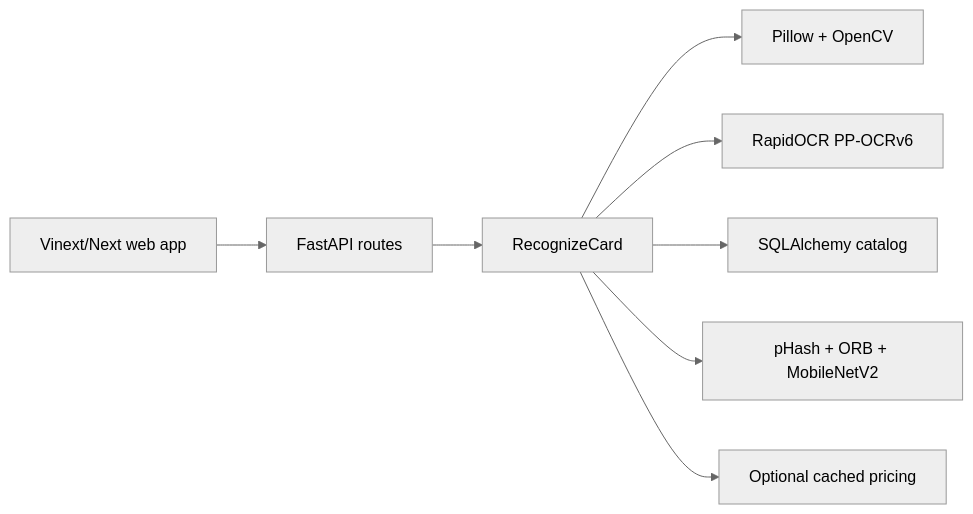
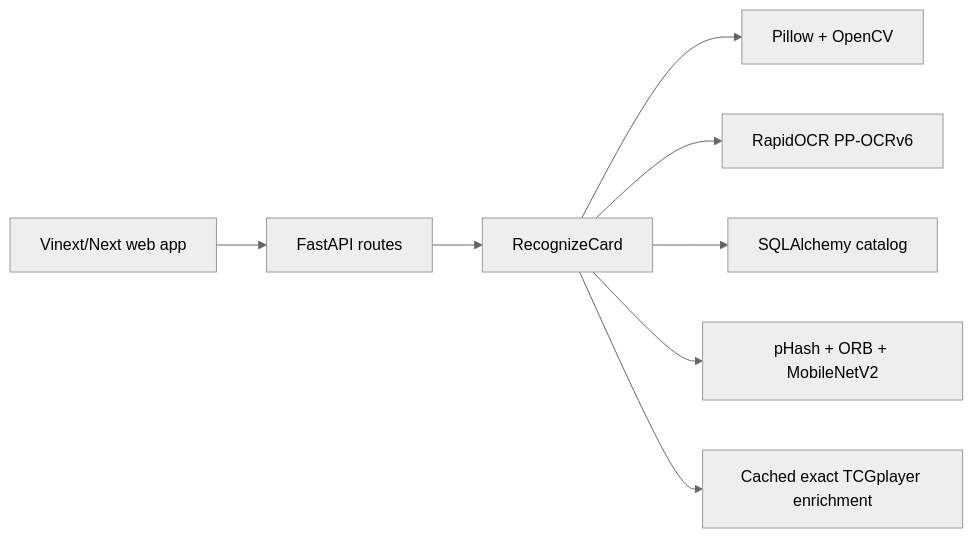
The diagram in docs/architecture.md (AaronDN1/PokeScan), drawn with Mermaid (neutral theme) before and after one commit. The commit also changed other lines of this file and 20 other files, not shown here.

Commit message:
Add exact TCGplayer links and condition pricing

````diff
--- a/docs/architecture.md
+++ b/docs/architecture.md
@@ -5,9 +5,9 @@
 ```mermaid
 flowchart LR
   W["Vinext/Next web app"] --> A["FastAPI routes"] --> U["RecognizeCard"]
   U --> V["Pillow + OpenCV"]
   U --> O["RapidOCR PP-OCRv6"]
   U --> R["SQLAlchemy catalog"]
   U --> M["pHash + ORB + MobileNetV2"]
-  U --> P["Optional cached pricing"]
+  U --> P["Cached exact TCGplayer enrichment"]
 ```
````
